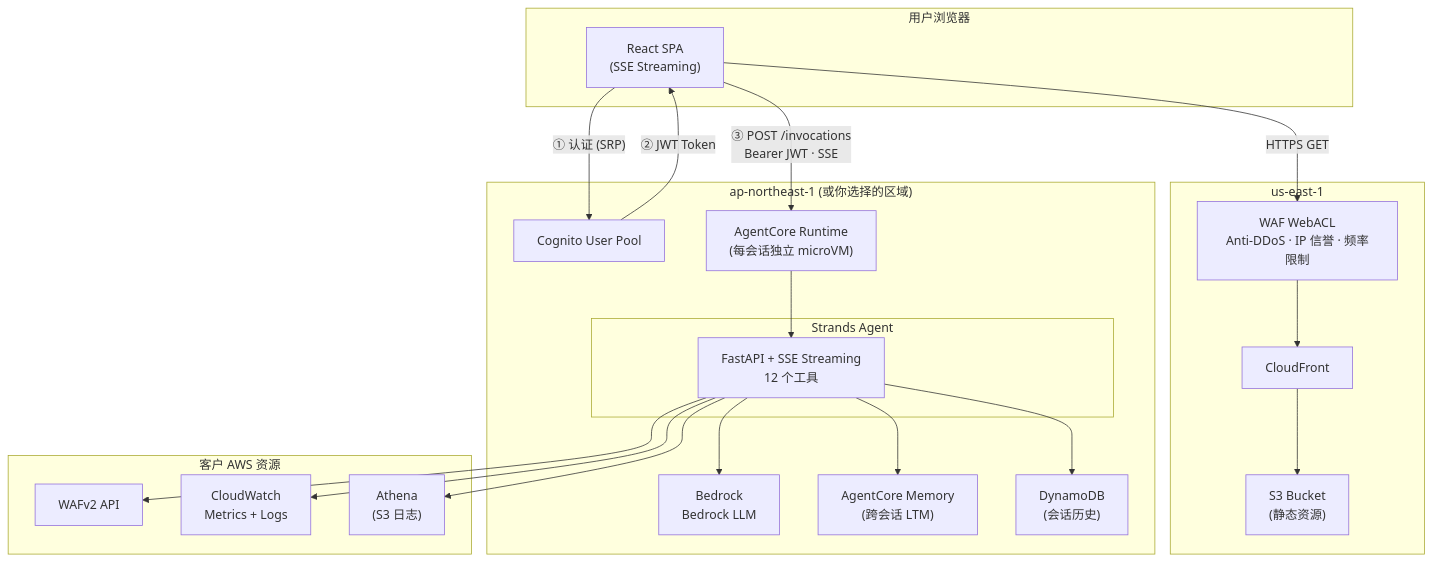
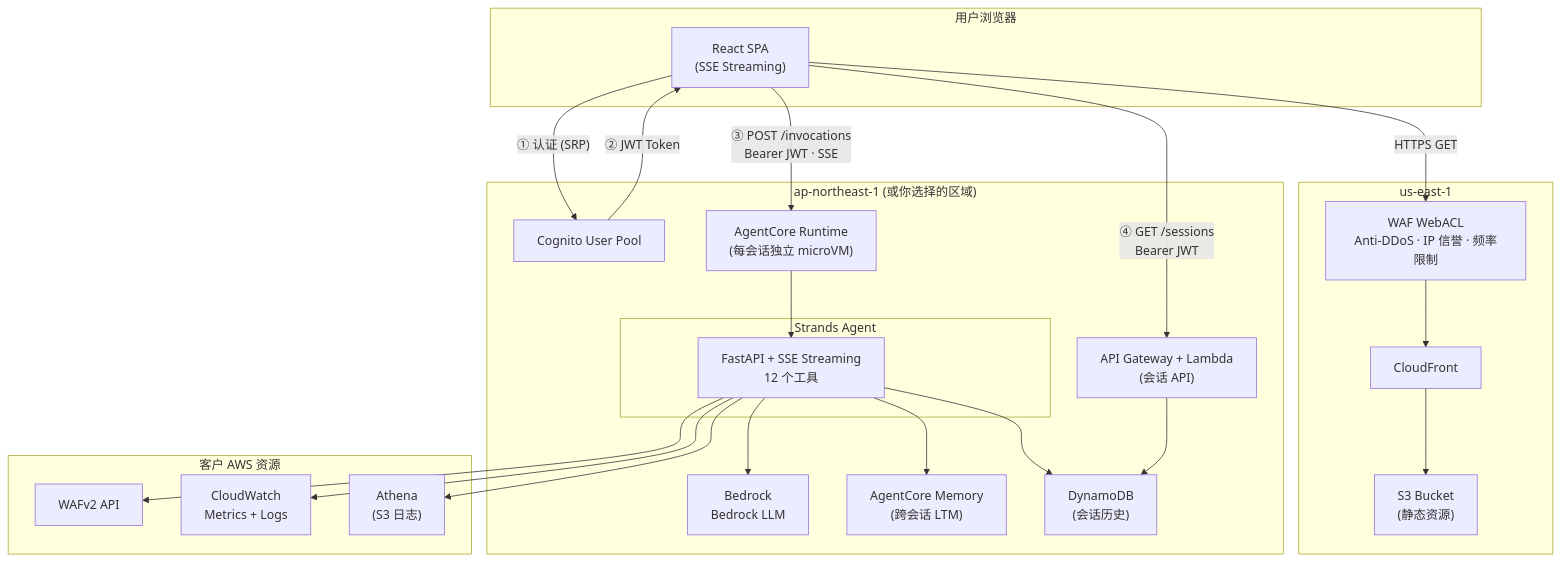
Before and after one commit to aws-samples/sample-building-a-conversational-ai-agent-for-aws-waf-analysis-with-agentcore: the diagram in README_zh.md, drawn with Mermaid. The commit also changed 3 other files, not shown here.

First line of the commit message:
Docs: add Sessions API stack to deployment guides + README diagrams

````diff
--- a/README_zh.md
+++ b/README_zh.md
@@ -52,42 +52,45 @@
 ```mermaid
 graph TB
     subgraph User["用户浏览器"]
         SPA["React SPA<br/>(SSE Streaming)"]
     end
 
     subgraph CF["us-east-1"]
         CloudFront["CloudFront"]
         WAF_FE["WAF WebACL<br/>Anti-DDoS · IP 信誉 · 频率限制"]
         S3["S3 Bucket<br/>(静态资源)"]
     end
 
     subgraph Backend["ap-northeast-1 (或你选择的区域)"]
         Cognito["Cognito User Pool"]
         AC["AgentCore Runtime<br/>(每会话独立 microVM)"]
         subgraph Agent["Strands Agent"]
             FastAPI["FastAPI + SSE Streaming<br/>12 个工具"]
         end
         Bedrock["Bedrock<br/>Bedrock LLM"]
         Memory["AgentCore Memory<br/>(跨会话 LTM)"]
         DDB["DynamoDB<br/>(会话历史)"]
+        APIGW["API Gateway + Lambda<br/>(会话 API)"]
     end
 
     subgraph AWS["客户 AWS 资源"]
         WAFv2["WAFv2 API"]
         CW["CloudWatch<br/>Metrics + Logs"]
         Athena["Athena<br/>(S3 日志)"]
     end
 
     SPA -->|"HTTPS GET"| WAF_FE
     WAF_FE --> CloudFront --> S3
     SPA -->|"① 认证 (SRP)"| Cognito
     Cognito -->|"② JWT Token"| SPA
     SPA -->|"③ POST /invocations<br/>Bearer JWT · SSE"| AC
+    SPA -->|"④ GET /sessions<br/>Bearer JWT"| APIGW
     AC --> FastAPI
     FastAPI --> Bedrock
     FastAPI --> Memory
     FastAPI --> DDB
+    APIGW --> DDB
     FastAPI --> WAFv2
     FastAPI --> CW
     FastAPI --> Athena
 ```
````
